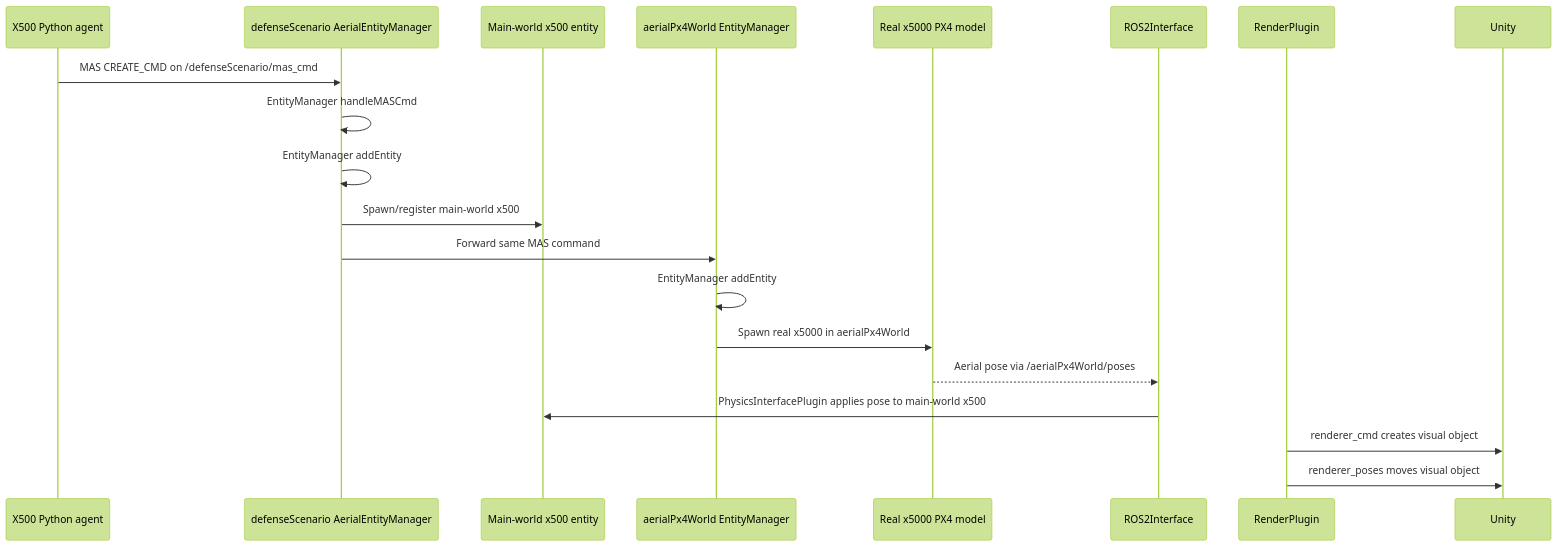
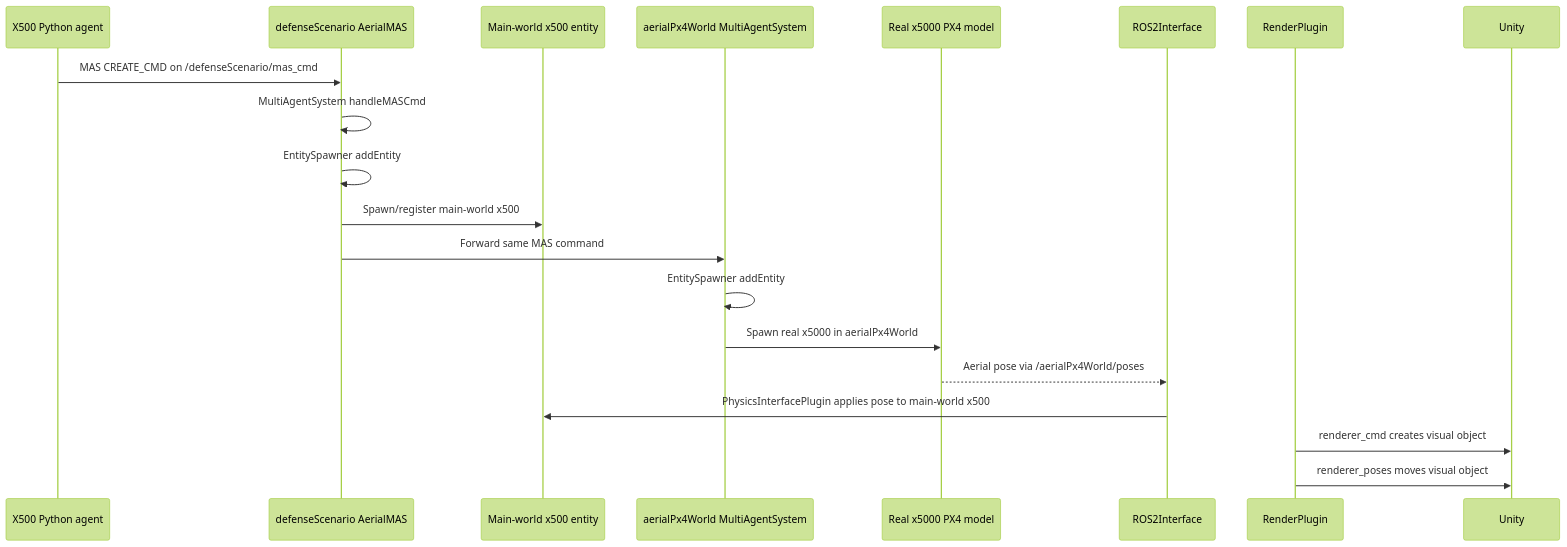
The fourth of 4 diagrams in docs/PX4_Documentation/PX4_Flow_Diagram.md (IRL-Crossing-CNRS/LOTUSim), drawn with Mermaid (forest theme) before and after one commit. The commit also changed other lines of this file and 3 other files, not shown here.

````diff
--- a/docs/PX4_Documentation/PX4_Flow_Diagram.md
+++ b/docs/PX4_Documentation/PX4_Flow_Diagram.md
@@ -126,23 +126,23 @@
 ```mermaid
 sequenceDiagram
     participant XA as X500 Python agent
-    participant AEM as defenseScenario AerialEntityManager
+    participant AEM as defenseScenario AerialMAS
     participant MX as Main-world x500 entity
-    participant AEM2 as aerialPx4World EntityManager
+    participant AEM2 as aerialPx4World MultiAgentSystem
     participant RX as Real x5000 PX4 model
     participant RI as ROS2Interface
     participant RP as RenderPlugin
     participant U as Unity
 
     XA->>AEM: MAS CREATE_CMD on /defenseScenario/mas_cmd
-    AEM->>AEM: EntityManager handleMASCmd
-    AEM->>AEM: EntityManager addEntity
+    AEM->>AEM: MultiAgentSystem handleMASCmd
+    AEM->>AEM: EntitySpawner addEntity
     AEM->>MX: Spawn/register main-world x500
     AEM->>AEM2: Forward same MAS command
-    AEM2->>AEM2: EntityManager addEntity
+    AEM2->>AEM2: EntitySpawner addEntity
     AEM2->>RX: Spawn real x5000 in aerialPx4World
     RX-->>RI: Aerial pose via /aerialPx4World/poses
     RI->>MX: PhysicsInterfacePlugin applies pose to main-world x500
     RP->>U: renderer_cmd creates visual object
     RP->>U: renderer_poses moves visual object
 ```
````
